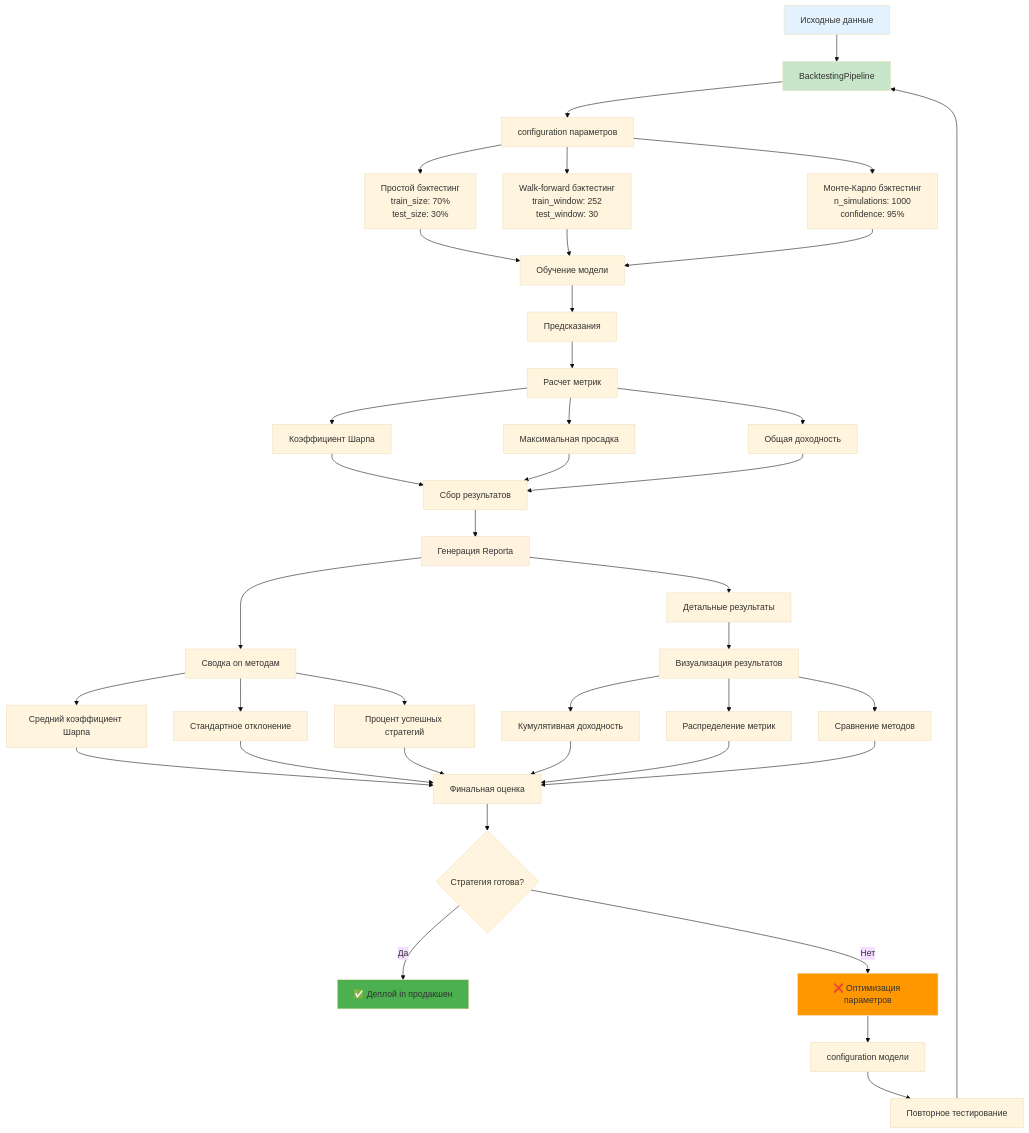
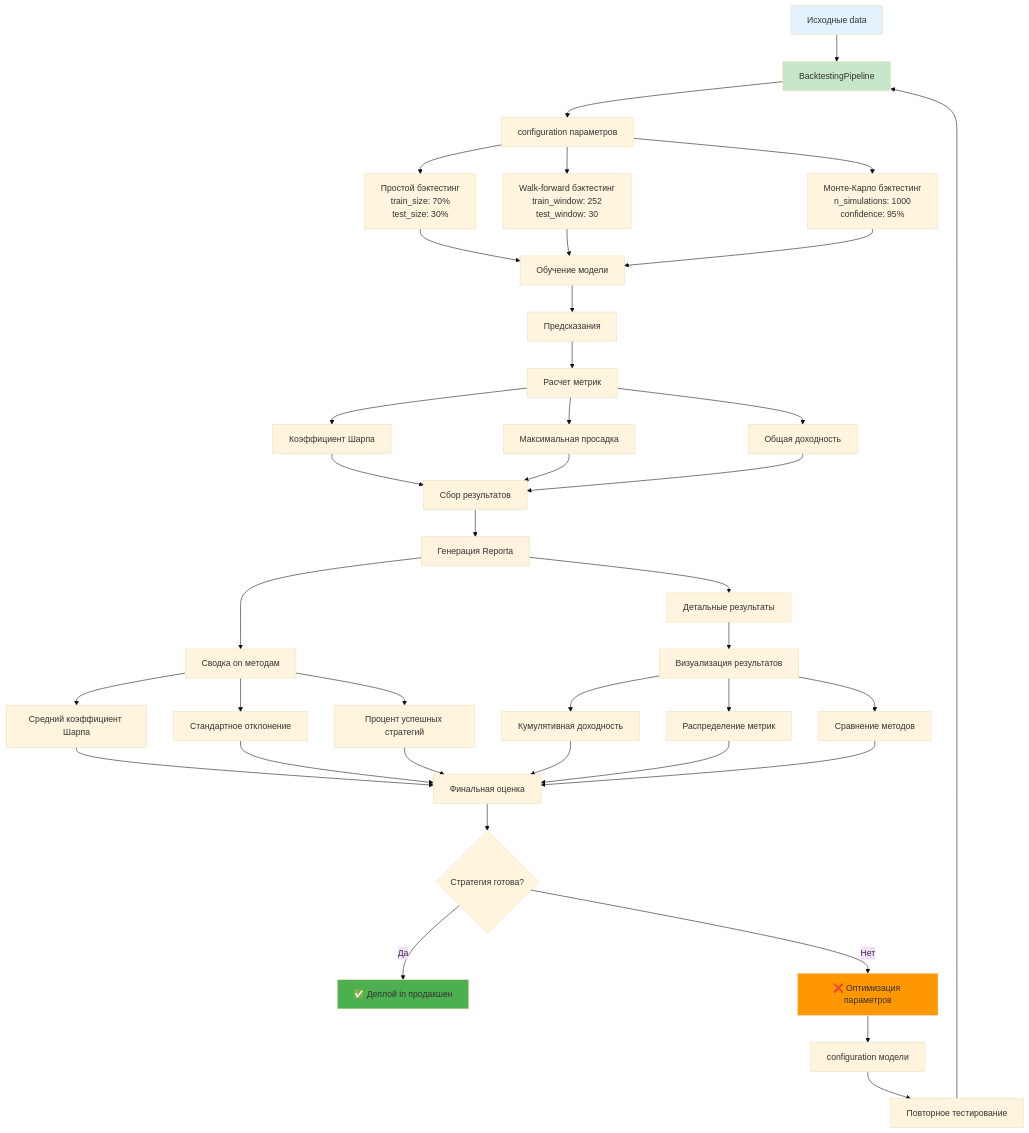
The ninth of 9 diagrams in docs/automl/gluon/29_backtesting_methods.md (NeoZorK/neozork-hld-prediction), drawn with Mermaid (base theme) before and after one commit. The commit also changed other lines of this file and 108 other files, not shown here.

````diff
--- a/docs/automl/gluon/29_backtesting_methods.md
+++ b/docs/automl/gluon/29_backtesting_methods.md
@@ -3393,58 +3393,58 @@
 ```mermaid
 graph TD
- A[Исходные данные] --> B[BacktestingPipeline]
+ A[Исходные data] --> B[BacktestingPipeline]
  B --> C[configuration параметров]
 
  C --> D[Простой бэктестинг<br/>train_size: 70%<br/>test_size: 30%]
  C --> E[Walk-forward бэктестинг<br/>train_window: 252<br/>test_window: 30]
  C --> F[Монте-Карло бэктестинг<br/>n_simulations: 1000<br/>confidence: 95%]
 
  D --> G[Обучение модели]
  E --> G
  F --> G
 
  G --> H[Предсказания]
  H --> I[Расчет метрик]
 
  I --> J[Коэффициент Шарпа]
  I --> K[Максимальная просадка]
  I --> L[Общая доходность]
 
  J --> M[Сбор результатов]
  K --> M
  L --> M
 
  M --> N[Генерация Reportа]
  N --> O[Сводка on методам]
  N --> P[Детальные результаты]
 
  O --> Q[Средний коэффициент Шарпа]
  O --> R[Стандартное отклонение]
  O --> S[Процент успешных стратегий]
 
  P --> T[Визуализация результатов]
  T --> U[Кумулятивная доходность]
  T --> V[Распределение метрик]
  T --> W[Сравнение методов]
 
  Q --> X[Финальная оценка]
  R --> X
  S --> X
  U --> X
  V --> X
  W --> X
 
  X --> Y{Стратегия готова?}
  Y -->|Да| Z[✅ Деплой in продакшен]
  Y -->|Нет| AA[❌ Оптимизация параметров]
 
  AA --> BB[configuration модели]
  BB --> CC[Повторное тестирование]
  CC --> B
 
  style A fill:#e3f2fd
  style B fill:#c8e6c9
  style N fill:#fff3e0
  style Z fill:#4caf50
  style AA fill:#ff9800
 ```
````
